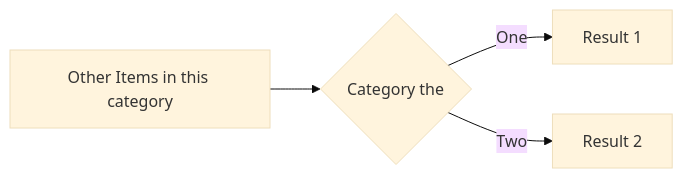
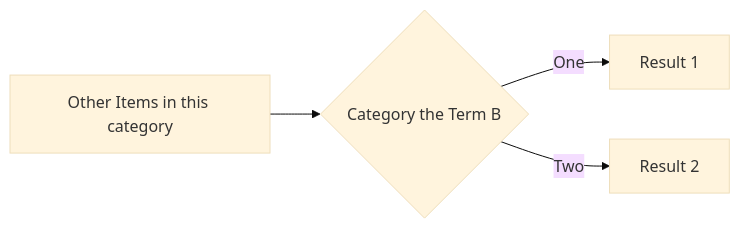
Before and after one commit to gerbssusd/dok: the diagram in slides.md, drawn with Mermaid (base theme).

````diff
--- a/slides.md
+++ b/slides.md
@@ -217,6 +217,6 @@
 ```mermaid {theme: 'neutral', scale: 0.8}
 graph LR
-B[Other Items in this category] --> C{Category the }
+B[Other Items in this category] --> C{Category the Term B}
 C -->|One| D[Result 1]
 C -->|Two| E[Result 2]
 ```
````
